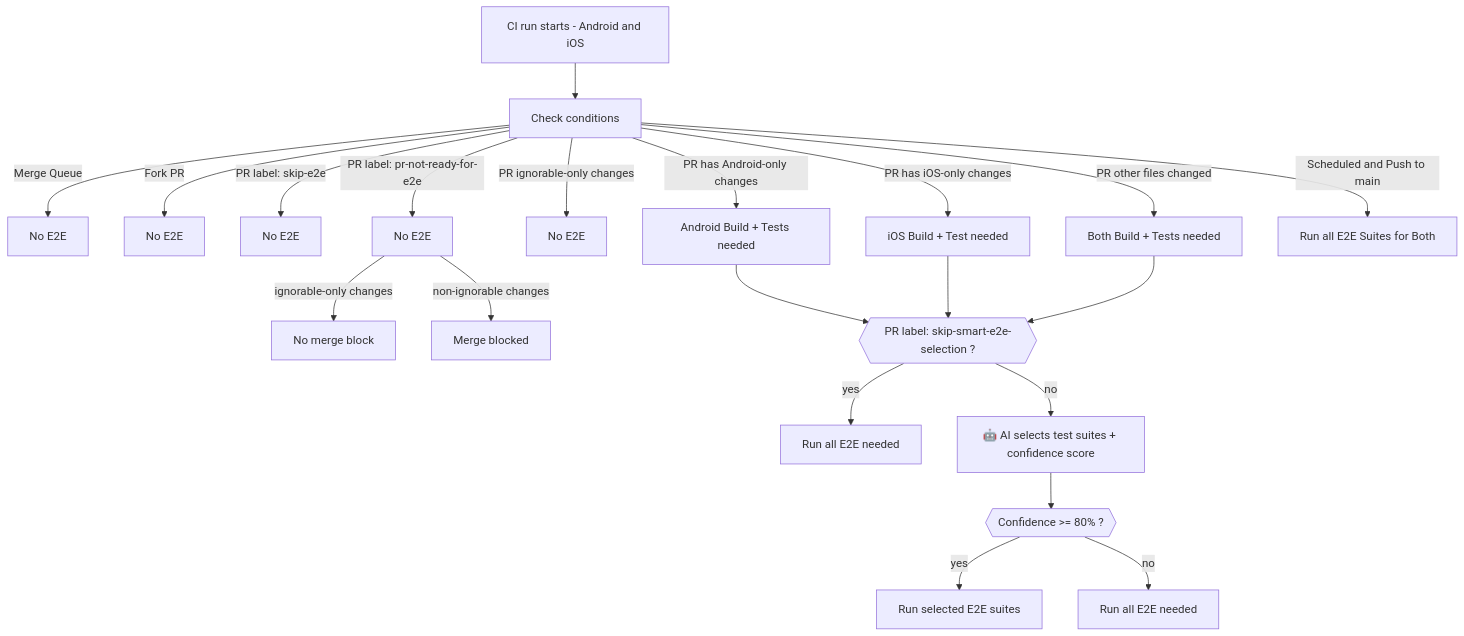
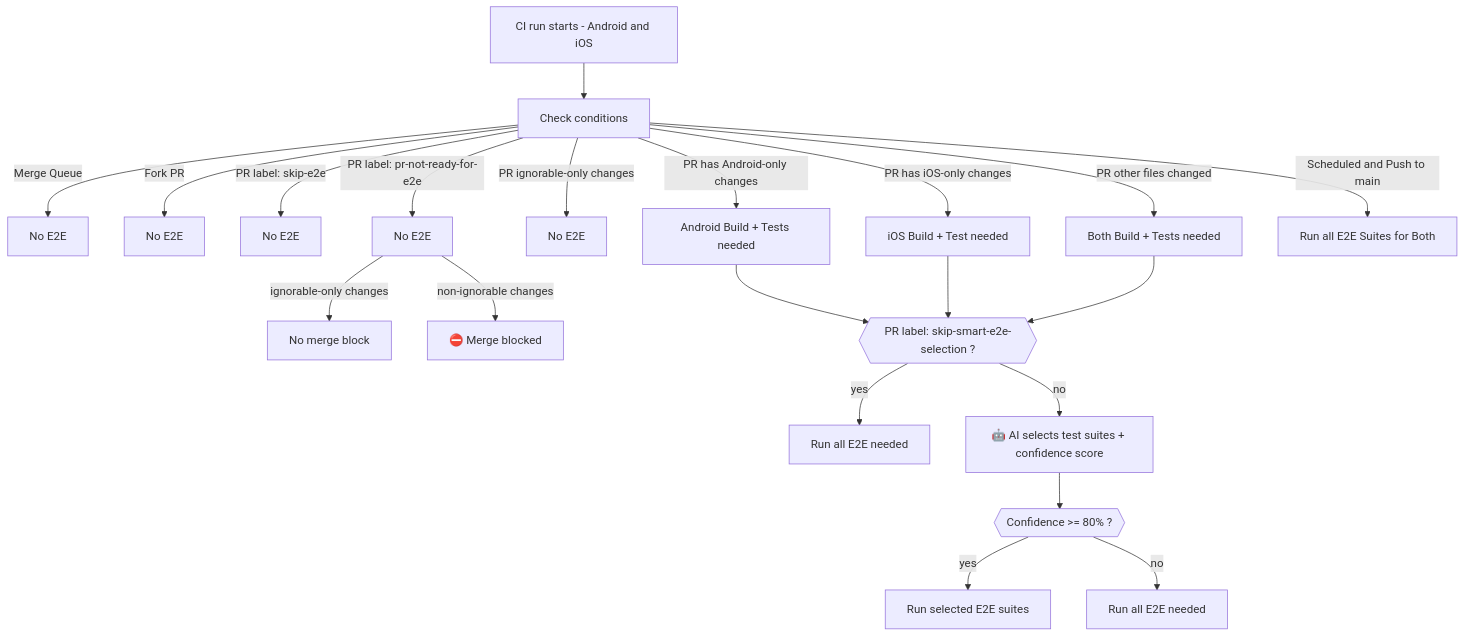
Before and after one commit to MetaMask/metamask-mobile: the diagram in .github/guidelines/E2E_DECISION_TREE.md, drawn with Mermaid.

Commit message:
ci: rename e2e quality gate PR label

````diff
--- a/.github/guidelines/E2E_DECISION_TREE.md
+++ b/.github/guidelines/E2E_DECISION_TREE.md
@@ -5,22 +5,22 @@
 ```mermaid
 flowchart TD
     CI[CI run starts - Android and iOS] --> GR[Check conditions]
     GR -->|Merge Queue | MQ[No E2E]
     GR -->|Fork PR| FK[No E2E]
     GR -->|PR label: skip-e2e| HS[No E2E]
     GR -->|PR label: pr-not-ready-for-e2e| L2[No E2E]
     L2 -->|ignorable-only changes| NoBlock[No merge block]
-    L2 -->|non-ignorable changes| Skip2[Merge blocked]
+    L2 -->|non-ignorable changes| Skip2[⛔️ Merge blocked]
     GR -->|PR ignorable-only changes| Ignorable[No E2E]
     GR -->|PR has Android-only changes| Android[Android Build + Tests needed]
     GR -->|PR has iOS-only changes| iOS[iOS Build + Test needed]
     GR -->|PR other files changed| Both[Both Build + Tests needed]
     GR -->|Scheduled and Push to main | Full[Run all E2E Suites for Both]
 
     Android & iOS & Both --> LABEL{{PR label: skip-smart-e2e-selection ?}}
     LABEL -->|yes| AllTags[Run all E2E needed]
     LABEL -->|no| AI[🤖 AI selects test suites + confidence score]
     AI --> CONF{{Confidence >= 80% ?}}
     CONF -->|yes| SelectedTags[Run selected E2E suites]
     CONF -->|no| AllTagsFallback[Run all E2E needed]
 ```
````
